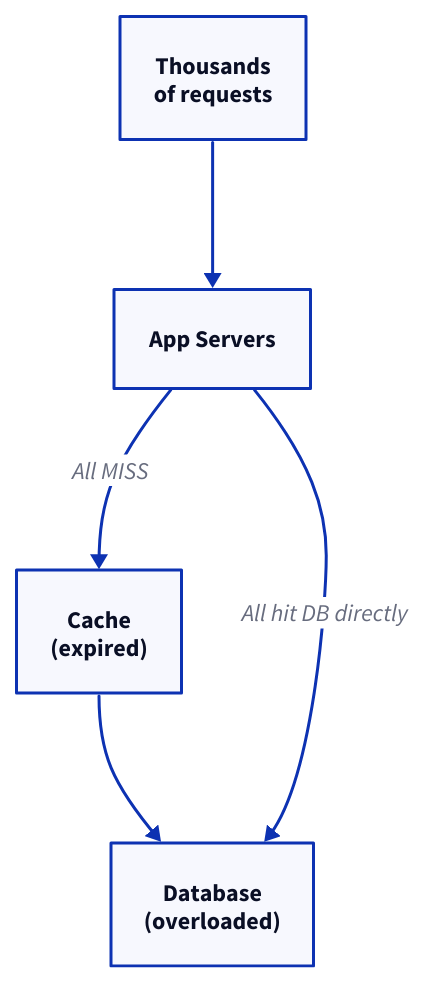
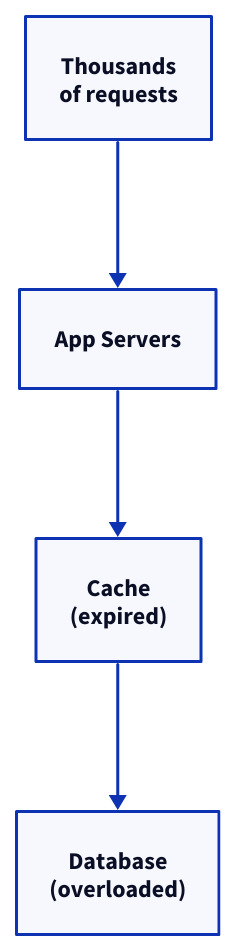
The seventh of 8 diagrams in src/content/blog/thundering-herd.md (g-savitha/gsavitha.in), drawn with D2 before and after one commit. The commit also changed other lines of this file and 11 other files, not shown here.

````diff
--- a/src/content/blog/thundering-herd.md
+++ b/src/content/blog/thundering-herd.md
@@ -379,11 +332,8 @@
 ```d2
 direction: down
-Users: "Thousands\nof requests"
-App: "App Servers"
+Users: "Thousands\nof requests" {class: primary}
+App: "App Servers" {class: info}
 Cache: "Cache\n(expired)" {class: maroon}
 DB: "Database\n(overloaded)" {class: maroon}
-Users -> App
-App -> Cache: "All MISS"
-Cache -> DB
-App -> DB: "All hit DB directly"
+Users -> App -> Cache -> DB
 ```
````
